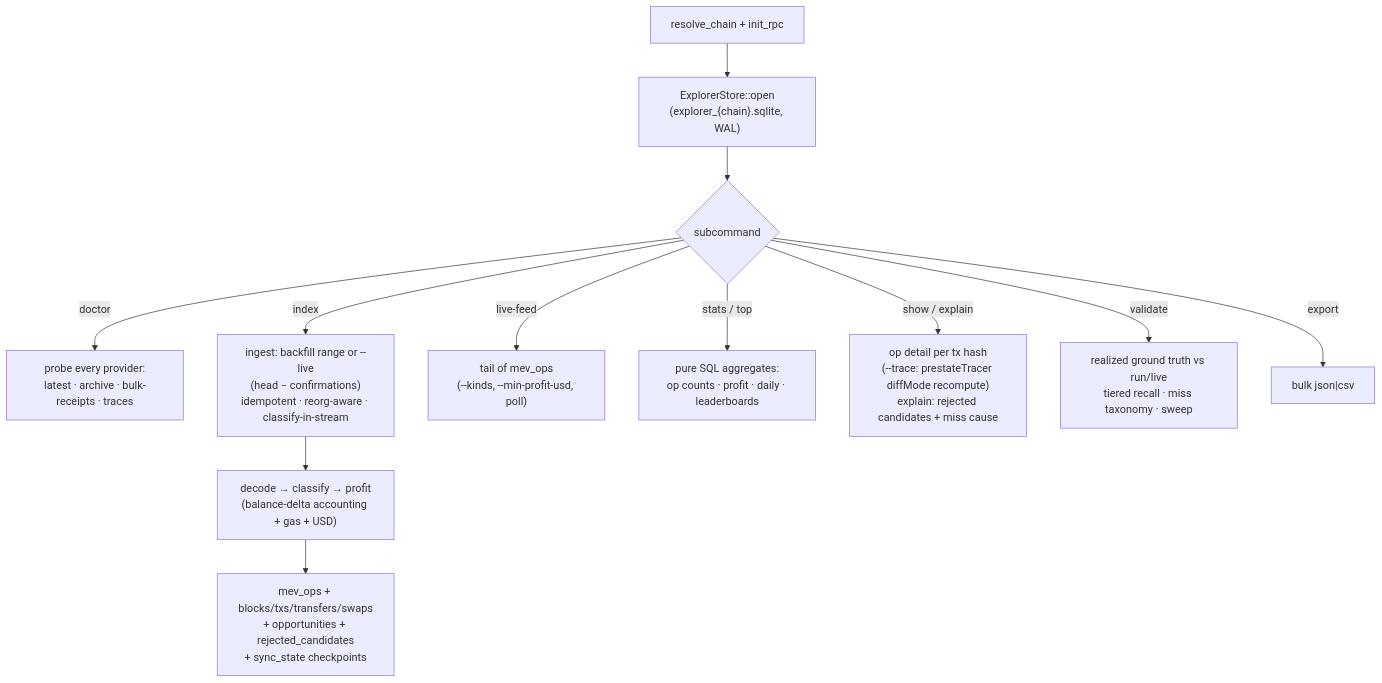
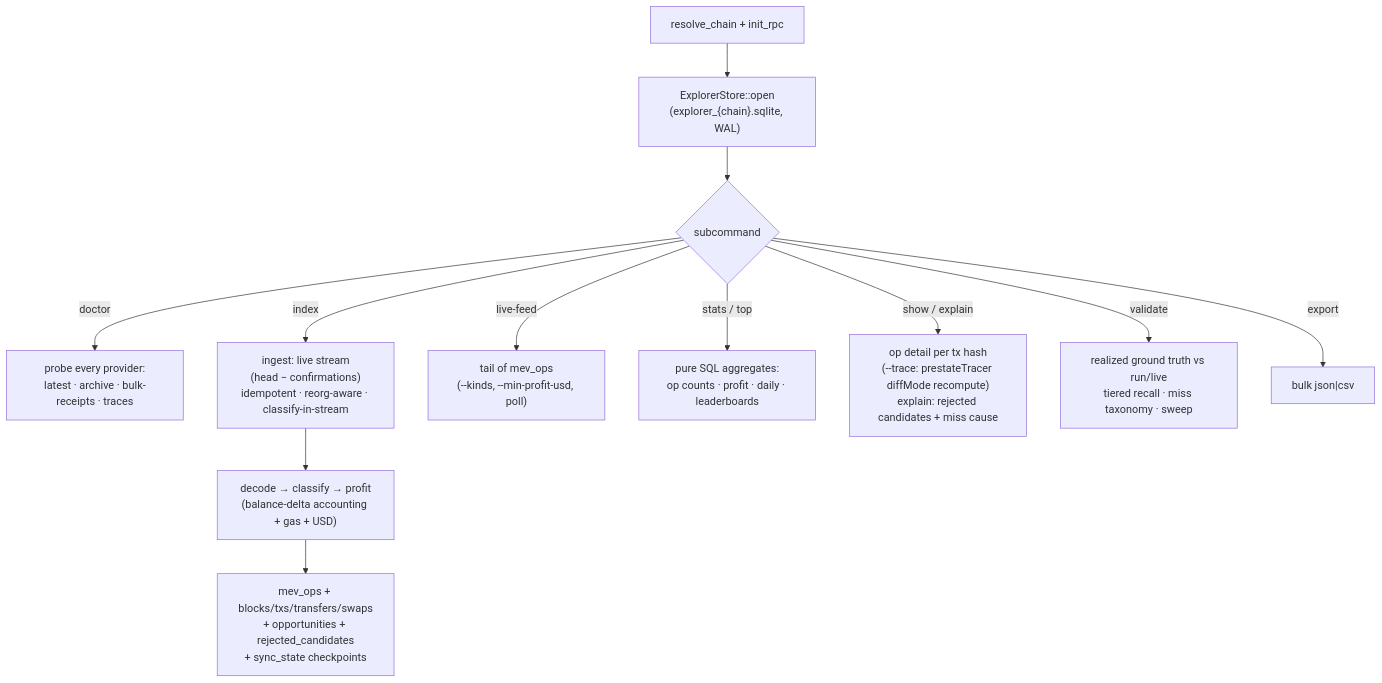
Diagram 14 of 14 in docs/ARCHITECTURE.md (moha-moradi/mev-scout), drawn with Mermaid before and after one commit. The commit also changed other lines of this file and 10 other files, not shown here.

````diff
--- a/docs/ARCHITECTURE.md
+++ b/docs/ARCHITECTURE.md
@@ -407,14 +563,14 @@
 ```mermaid
 flowchart TB
     A["resolve_chain + init_rpc"] --> B["ExplorerStore::open<br/>(explorer_{chain}.sqlite, WAL)"]
     B --> C{"subcommand"}
     C -- doctor --> D["probe every provider:<br/>latest · archive · bulk-receipts · traces"]
-    C -- index --> E["ingest: backfill range or --live<br/>(head − confirmations)<br/>idempotent · reorg-aware · classify-in-stream"]
+    C -- index --> E["ingest: live stream<br/>(head − confirmations)<br/>idempotent · reorg-aware · classify-in-stream"]
     E --> F["decode → classify → profit<br/>(balance-delta accounting + gas + USD)"]
     C -- "live-feed" --> G["tail of mev_ops<br/>(--kinds, --min-profit-usd, poll)"]
     C -- "stats / top" --> H["pure SQL aggregates:<br/>op counts · profit · daily · leaderboards"]
     C -- "show / explain" --> I["op detail per tx hash<br/>(--trace: prestateTracer diffMode recompute)<br/>explain: rejected candidates + miss cause"]
     C -- validate --> J["realized ground truth vs run/live<br/>tiered recall · miss taxonomy · sweep"]
     C -- export --> K["bulk json|csv"]
     F --> L["mev_ops + blocks/txs/transfers/swaps<br/>+ opportunities + rejected_candidates<br/>+ sync_state checkpoints"]
 ```
````
